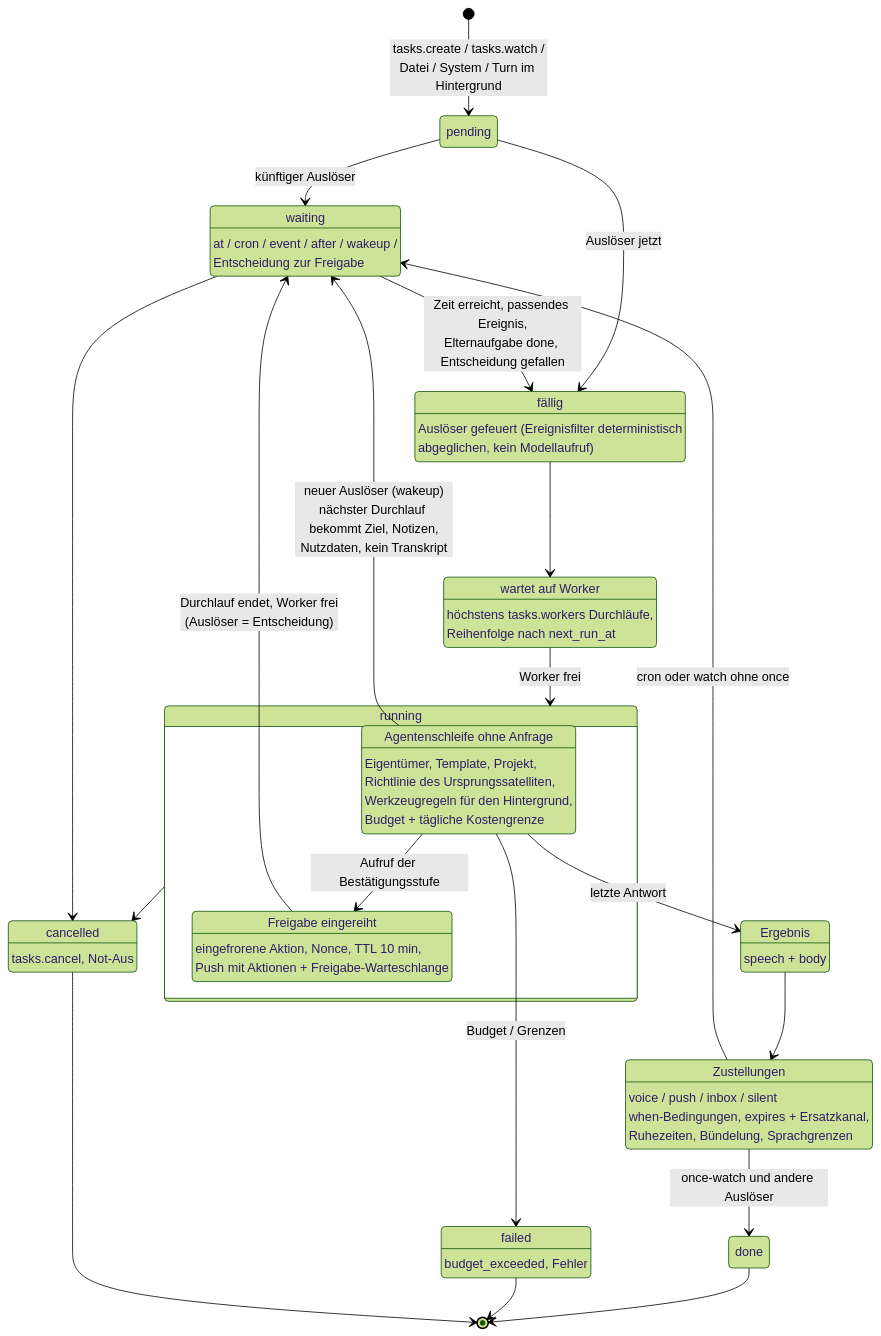
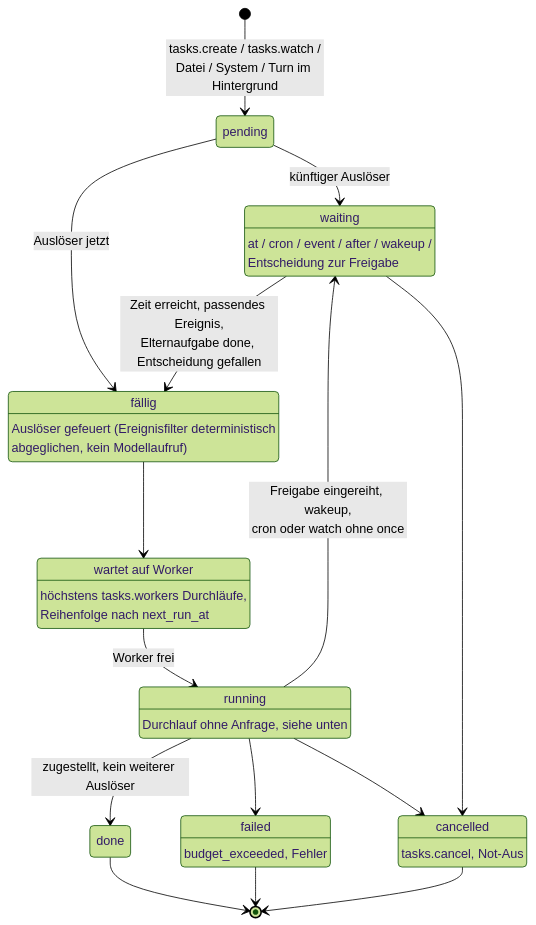
Before and after one commit to lGruenzweilHTL/marshal: the diagram in docs/_diagrams/task-lifecycle.de.md, drawn with Mermaid (forest theme). The commit also changed 85 other files, not shown here.

First line of the commit message:
docs: split diagrams, trim dev pages, use tabs and code groups

````diff
--- a/docs/_diagrams/task-lifecycle.de.md
+++ b/docs/_diagrams/task-lifecycle.de.md
@@ -1,48 +1,35 @@
 ```mermaid
+stateDiagram-v2
 %% Marshal: Lebenszyklus einer Aufgabe (deutsche Fassung von task-lifecycle.md)
-%% KEEP UP TO DATE: must match the task system, event bus, approval queue and task delivery (task-system, event-bus,
-%% approval-queue, task-delivery specs). Update it together with task-lifecycle.md in the same change (see docs/diagrams/README.md).
-stateDiagram-v2
+%% KEEP UP TO DATE: must match the task system, event bus and approval queue (task-system, event-bus, approval-queue
+%% specs). Update it together with task-lifecycle.md in the same change (see docs/diagrams/README.md).
     state "pending" as Pending
     state "waiting" as Waiting
     Waiting: at / cron / event / after / wakeup /<br/>Entscheidung zur Freigabe
     state "fällig" as Due
     Due: Auslöser gefeuert (Ereignisfilter deterministisch<br/>abgeglichen, kein Modellaufruf)
     state "wartet auf Worker" as Queued
     Queued: höchstens tasks.workers Durchläufe,<br/>Reihenfolge nach next_run_at
-    state "running" as Running {
-        state "Agentenschleife ohne Anfrage" as Loop
-        Loop: Eigentümer, Template, Projekt,<br/>Richtlinie des Ursprungssatelliten,<br/>Werkzeugregeln für den Hintergrund,<br/>Budget + tägliche Kostengrenze
-        state "Freigabe eingereiht" as Approval
-        Approval: eingefrorene Aktion, Nonce, TTL 10 min,<br/>Push mit Aktionen + Freigabe-Warteschlange
-        Loop --> Approval: Aufruf der Bestätigungsstufe
-    }
-    state "Ergebnis" as Result
-    Result: speech + body
-    state "Zustellungen" as Deliveries
-    Deliveries: voice / push / inbox / silent<br/>when-Bedingungen, expires + Ersatzkanal,<br/>Ruhezeiten, Bündelung, Sprachgrenzen
+    state "running" as Running
+    Running: Durchlauf ohne Anfrage, siehe unten
     state "done" as Done
     state "failed" as Failed
     Failed: budget_exceeded, Fehler
     state "cancelled" as Cancelled
     Cancelled: tasks.cancel, Not-Aus
 
     [*] --> Pending: tasks.create / tasks.watch /<br/>Datei / System / Turn im Hintergrund
     Pending --> Waiting: künftiger Auslöser
     Pending --> Due: Auslöser jetzt
     Waiting --> Due: Zeit erreicht, passendes Ereignis,<br/>Elternaufgabe done, Entscheidung gefallen
     Due --> Queued
     Queued --> Running: Worker frei
-    Approval --> Waiting: Durchlauf endet, Worker frei<br/>(Auslöser = Entscheidung)
-    Loop --> Waiting: neuer Auslöser (wakeup)<br/>nächster Durchlauf bekommt Ziel, Notizen,<br/>Nutzdaten, kein Transkript
-    Loop --> Result: letzte Antwort
-    Loop --> Failed: Budget / Grenzen
-    Result --> Deliveries
-    Deliveries --> Waiting: cron oder watch ohne once
-    Deliveries --> Done: once-watch und andere Auslöser
+    Running --> Waiting: Freigabe eingereiht, wakeup,<br/>cron oder watch ohne once
+    Running --> Done: zugestellt, kein weiterer Auslöser
+    Running --> Failed
     Running --> Cancelled
     Waiting --> Cancelled
     Done --> [*]
     Failed --> [*]
     Cancelled --> [*]
 ```
````
